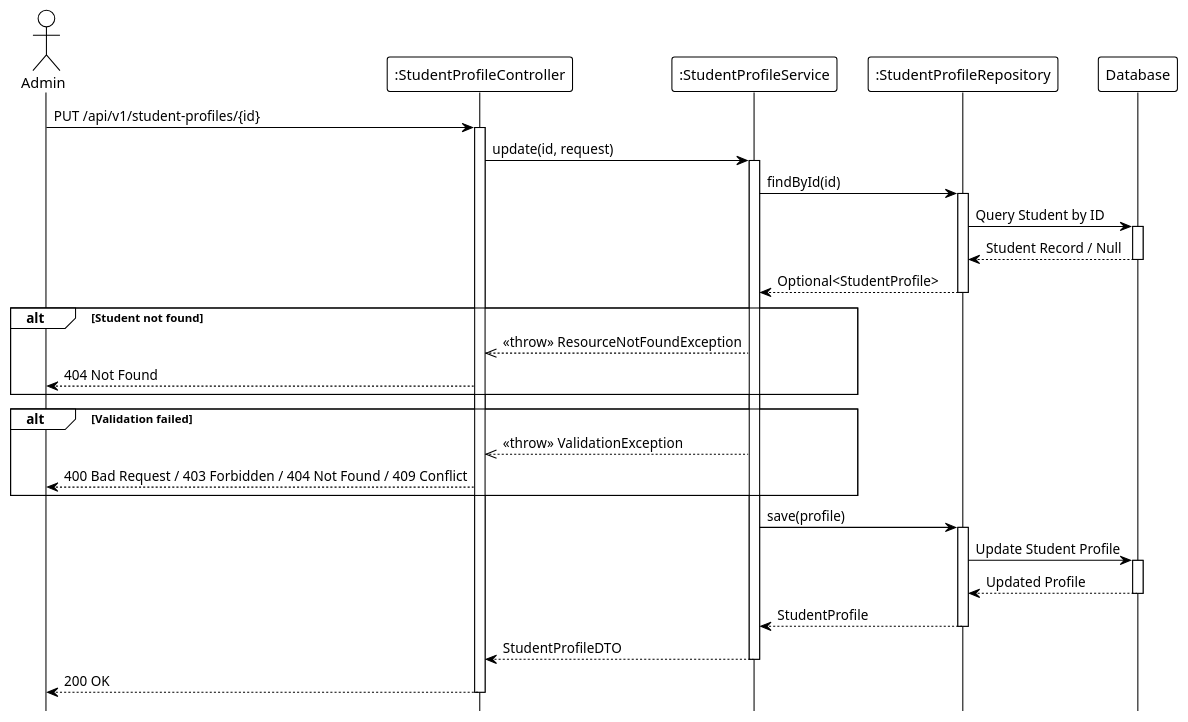
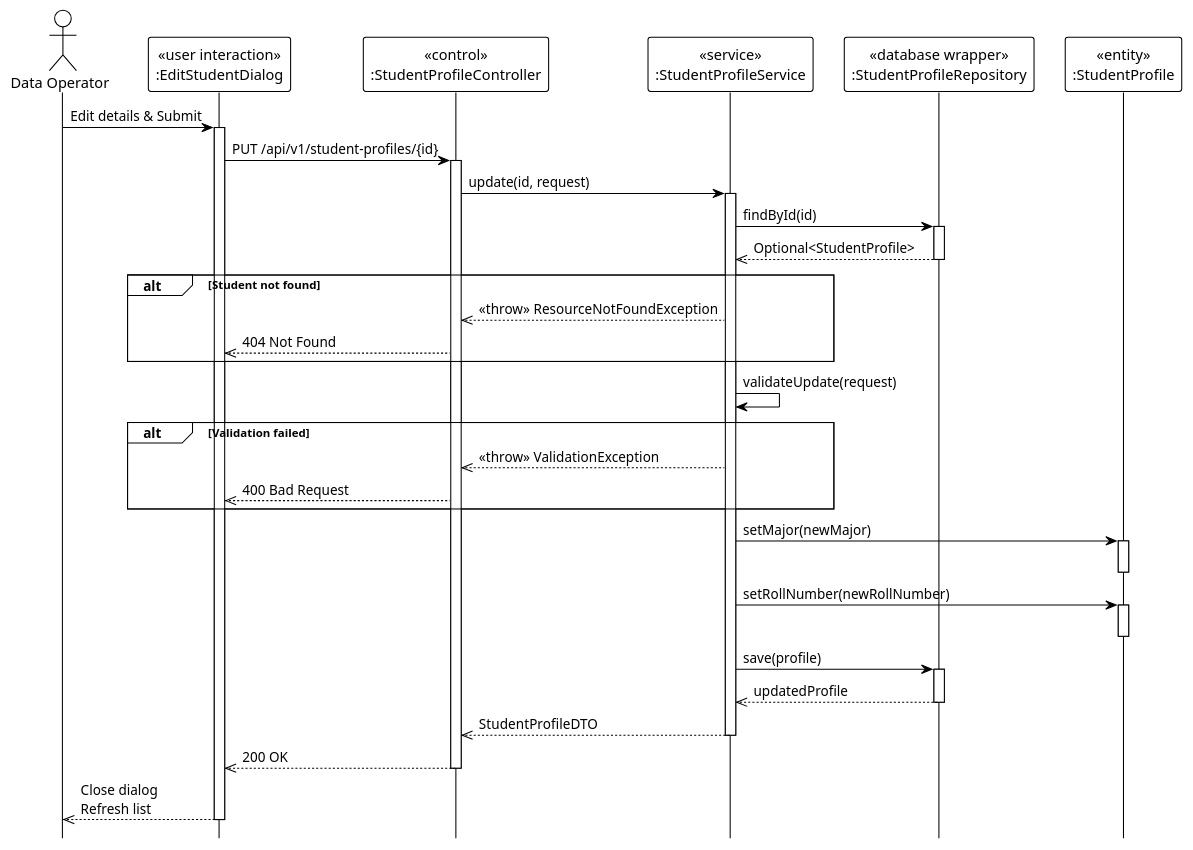
Before and after one commit to Ndh474/context: the diagram in system_detailed_design/45_update_student/sequence_diagram_update_student.puml, drawn with PlantUML. The commit also changed 8 other files, not shown here.

Commit message:
docs: Add PlantUML sequence and class diagrams for various student management system detailed designs.

```diff
--- a/system_detailed_design/45_update_student/sequence_diagram_update_student.puml
+++ b/system_detailed_design/45_update_student/sequence_diagram_update_student.puml
@@ -1,59 +1,65 @@
 @startuml update_student
 !theme plain
 hide footbox
 
-actor Admin
-participant ":StudentProfileController" as Controller
-participant ":StudentProfileService" as Service
-participant ":StudentProfileRepository" as Repository
-participant "Database" as DB
+actor "Data Operator" as Admin
+
+participant "«user interaction»\n:EditStudentDialog" as UI
+participant "«control»\n:StudentProfileController" as Controller
+participant "«service»\n:StudentProfileService" as Service
+participant "«database wrapper»\n:StudentProfileRepository" as Repository
+participant "«entity»\n:StudentProfile" as Entity
 
 ' --- MAIN FLOW ---
-Admin -> Controller: PUT /api/v1/student-profiles/{id}
+Admin -> UI: Edit details & Submit
+activate UI
+
+UI -> Controller: PUT /api/v1/student-profiles/{id}
 activate Controller
 
 Controller -> Service: update(id, request)
 activate Service
 
 ' --- FIND EXISTING ---
 Service -> Repository: findById(id)
 activate Repository
-
-Repository -> DB: Query Student by ID
-activate DB
-DB --> Repository: Student Record / Null
-deactivate DB
-
-Repository --> Service: Optional<StudentProfile>
+Repository -->> Service: Optional<StudentProfile>
 deactivate Repository
 
 alt Student not found
     Service -->> Controller: <<throw>> ResourceNotFoundException
-    Controller --> Admin: 404 Not Found
+    Controller -->> UI: 404 Not Found
 end
 
-' Validation logic (internal: roll number/email uniqueness, major validation, username change check)
+' Validation (Internal)
+Service -> Service: validateUpdate(request)
 
 alt Validation failed
     Service -->> Controller: <<throw>> ValidationException
-    Controller --> Admin: 400 Bad Request / 403 Forbidden / 404 Not Found / 409 Conflict
+    Controller -->> UI: 400 Bad Request
 end
+
+' --- UPDATE ---
+Service -> Entity: setMajor(newMajor)
+activate Entity
+deactivate Entity
+
+Service -> Entity: setRollNumber(newRollNumber)
+activate Entity
+deactivate Entity
 
 Service -> Repository: save(profile)
 activate Repository
-
-Repository -> DB: Update Student Profile
-activate DB
-DB --> Repository: Updated Profile
-deactivate DB
-
-Repository --> Service: StudentProfile
+Repository -->> Service: updatedProfile
 deactivate Repository
 
-Service --> Controller: StudentProfileDTO
+Service -->> Controller: StudentProfileDTO
 deactivate Service
 
-Controller --> Admin: 200 OK
+Controller -->> UI: 200 OK
 deactivate Controller
 
+UI -->> Admin: Close dialog\nRefresh list
+deactivate UI
+
 @enduml
```
